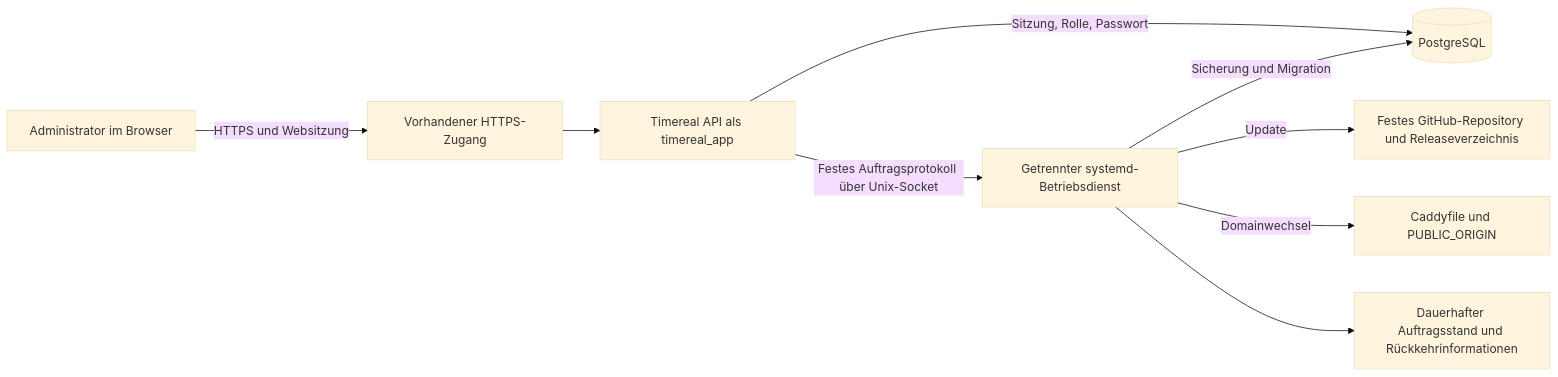
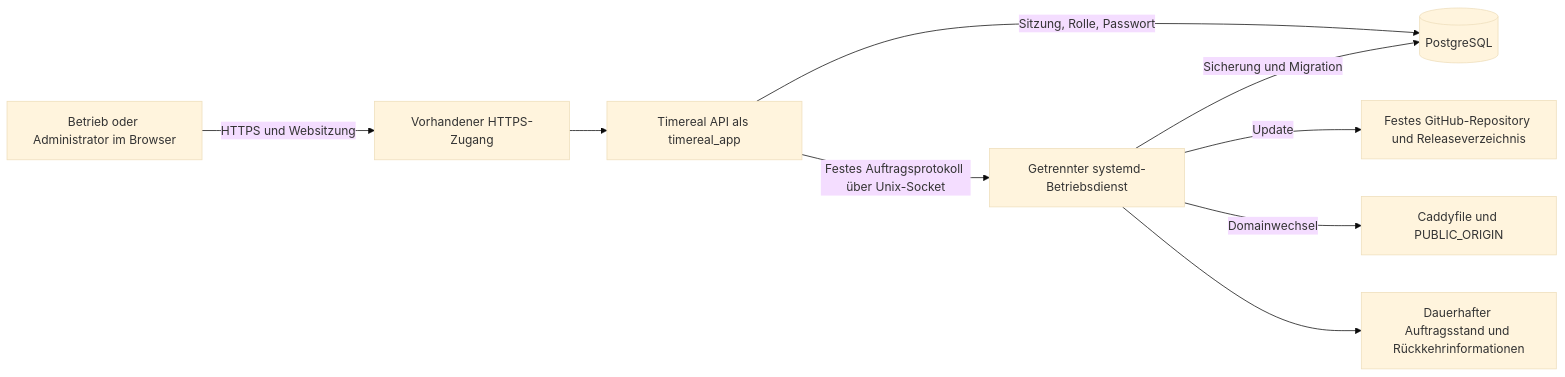
The diagram in ADMIN-BETRIEB.md (larsborgwardt/timereal), drawn with Mermaid (base theme) before and after one commit. The commit also changed other lines of this file and 38 other files, not shown here.

````diff
--- a/ADMIN-BETRIEB.md
+++ b/ADMIN-BETRIEB.md
@@ -56,11 +56,11 @@
 ```mermaid
 flowchart LR
-  Browser[Administrator im Browser] -->|HTTPS und Websitzung| Proxy[Vorhandener HTTPS-Zugang]
+  Browser[Betrieb oder Administrator im Browser] -->|HTTPS und Websitzung| Proxy[Vorhandener HTTPS-Zugang]
   Proxy --> API[Timereal API als timereal_app]
   API -->|Sitzung, Rolle, Passwort| PG[(PostgreSQL)]
   API -->|Festes Auftragsprotokoll über Unix-Socket| Betrieb[Getrennter systemd-Betriebsdienst]
   Betrieb -->|Update| Release[Festes GitHub-Repository und Releaseverzeichnis]
   Betrieb -->|Sicherung und Migration| PG
   Betrieb -->|Domainwechsel| Config[Caddyfile und PUBLIC_ORIGIN]
   Betrieb --> Zustand[Dauerhafter Auftragsstand und Rückkehrinformationen]
 ```
````
